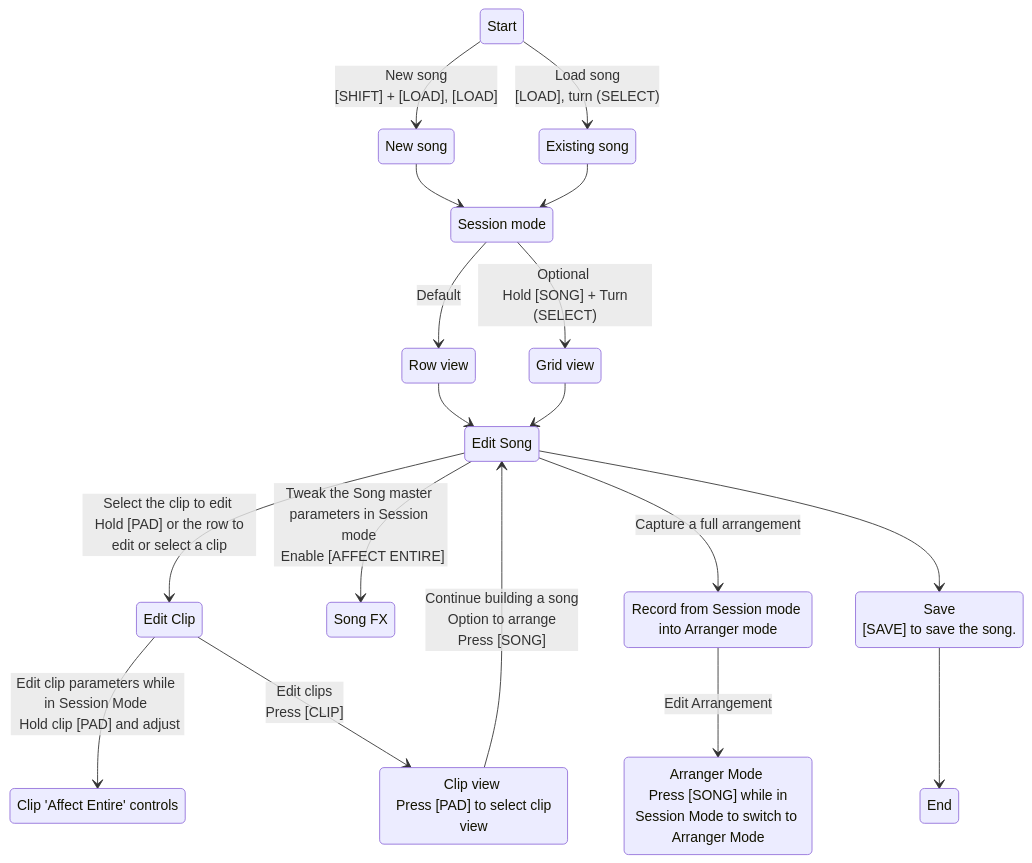
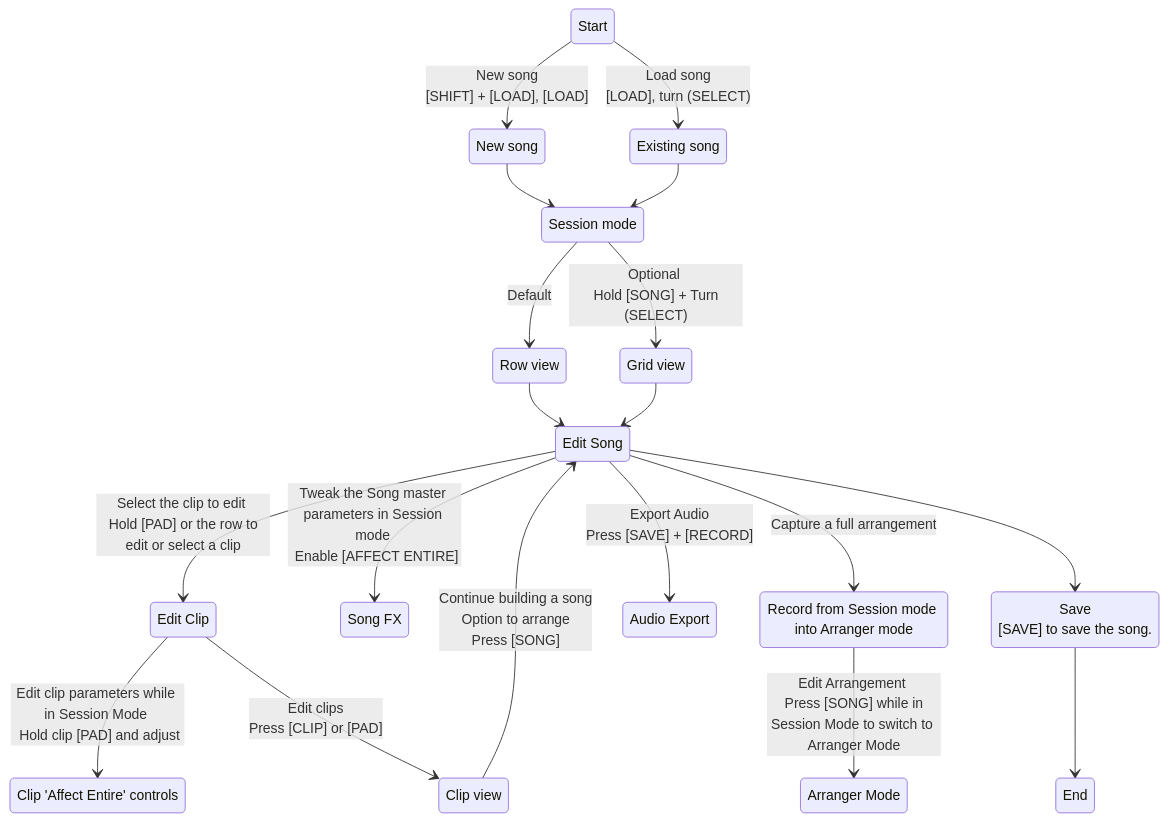
The diagram in docs/documentation/song/song.md (seangoodvibes/DelugeDocs), drawn with Mermaid before and after one commit.

Commit message:
Update workflow diagram some more

````diff
--- a/docs/documentation/song/song.md
+++ b/docs/documentation/song/song.md
@@ -9,34 +9,36 @@
 ``` mermaid
 stateDiagram-v2
     Start --> NewSong: New song <br> [SHIFT] + [LOAD], [LOAD]
     Start --> ExistingSong: Load song <br> [LOAD], turn (SELECT)
     NewSong --> SessionMode
     ExistingSong --> SessionMode
     SessionMode --> RowView: Default
     SessionMode --> GridView: Optional <br> Hold [SONG] + Turn (SELECT)
     RowView --> EditSong
     GridView --> EditSong
     EditSong --> EditClip: Select the clip to edit <br> Hold [PAD] or the row to edit or select a clip
     EditClip --> ClipParameters: Edit clip parameters while in Session Mode <br> Hold clip [PAD] and adjust
-    EditClip --> ClipView: Edit clips <br> Press [CLIP]
+    EditClip --> ClipView: Edit clips <br> Press [CLIP] or [PAD]
     ClipView --> EditSong: Continue building a song <br> Option to arrange <br> Press [SONG]
     EditSong --> SongFX: Tweak the Song master parameters in Session mode <br> Enable [AFFECT ENTIRE]
     EditSong --> RecordToArranger: Capture a full arrangement
-    RecordToArranger --> ArrangerMode: Edit Arrangement
+    RecordToArranger --> ArrangerMode: Edit Arrangement <br> Press [SONG] while in Session Mode to switch to Arranger Mode
+    EditSong --> AudioExport: Export Audio <br> Press [SAVE] + [RECORD]
     EditSong --> Save
     Save --> End
 
     NewSong: New song
     ExistingSong: Existing song   
     SessionMode: Session mode   
     RowView: Row view
     GridView: Grid view  
     EditSong: Edit Song
     EditClip: Edit Clip
     ClipParameters: Clip 'Affect Entire' controls
-    ClipView: Clip view <br> Press [PAD] to select clip view
+    ClipView: Clip view
     SongFX: Song FX
     RecordToArranger: Record from Session mode into Arranger mode
-    ArrangerMode: Arranger Mode <br> Press [SONG] while in Session Mode to switch to Arranger Mode
+    ArrangerMode: Arranger Mode
+    AudioExport: Audio Export
     Save: Save <br> [SAVE] to save the song.
 ```
````
